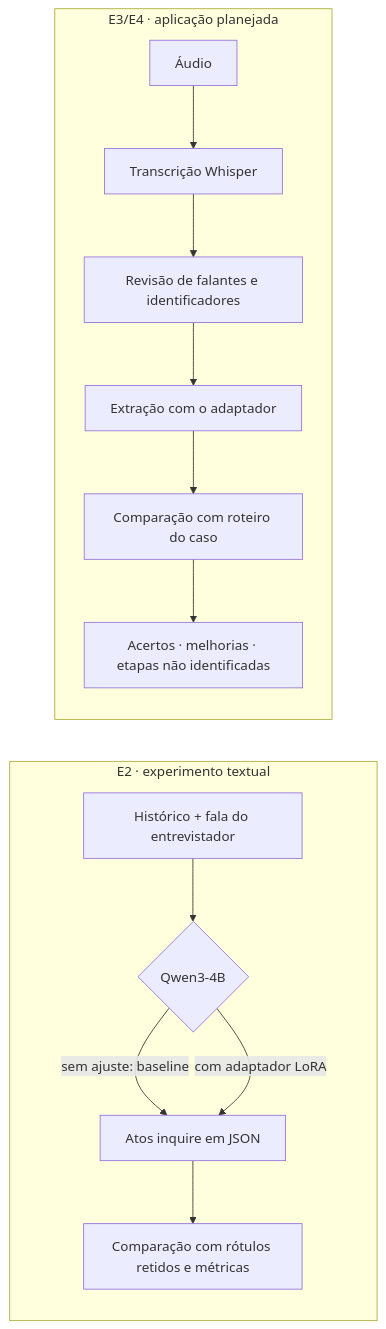
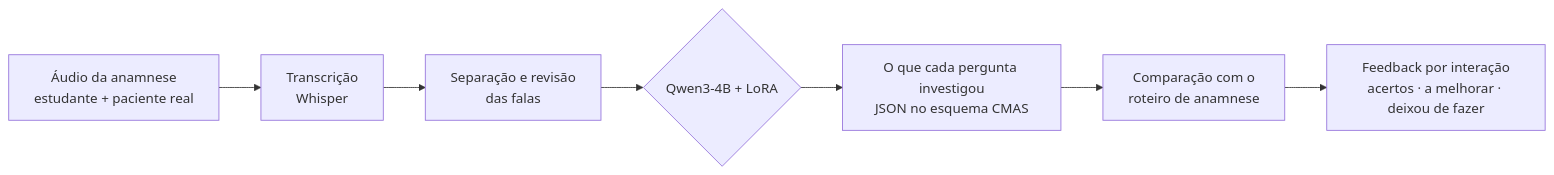
One commit to topicos-ia-upe-2026-2/g04-feedback-anamnese-ia changed the diagram in README.md. Above: the diagram before and after it, drawn with Mermaid. The commit also changed other lines of this file and 3 other files, not shown here.

````diff
--- a/README.md
+++ b/README.md
@@ -71,14 +97,9 @@
 ```mermaid
 flowchart LR
-  subgraph E2["E2 · experimento textual"]
-    A[Histórico + fala do entrevistador] --> B{Qwen3-4B}
-    B -->|sem ajuste: baseline| C[Atos inquire em JSON]
-    B -->|com adaptador LoRA| C
-    C --> D[Comparação com rótulos retidos e métricas]
-  end
-  subgraph E34["E3/E4 · aplicação planejada"]
-    E[Áudio] --> F[Transcrição Whisper] --> G[Revisão de falantes e identificadores]
-    G --> H[Extração com o adaptador] --> I[Comparação com roteiro do caso]
-    I --> J[Acertos · melhorias · etapas não identificadas]
-  end
+  A[Áudio da anamnese<br/>estudante + paciente real] --> B[Transcrição<br/>Whisper]
+  B --> C[Separação e revisão<br/>das falas]
+  C --> D{Qwen3-4B + LoRA}
+  D --> E[O que cada pergunta investigou<br/>JSON no esquema CMAS]
+  E --> F[Comparação com o<br/>roteiro de anamnese]
+  F --> G[Feedback por interação<br/>acertos · a melhorar · deixou de fazer]
 ```
````
